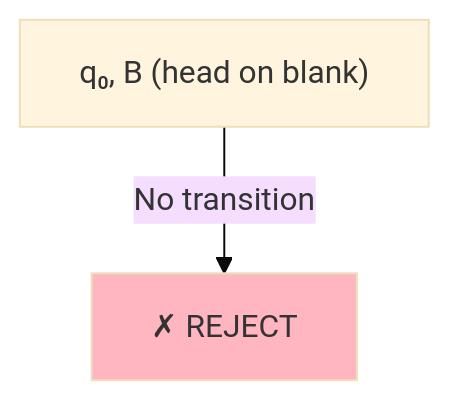
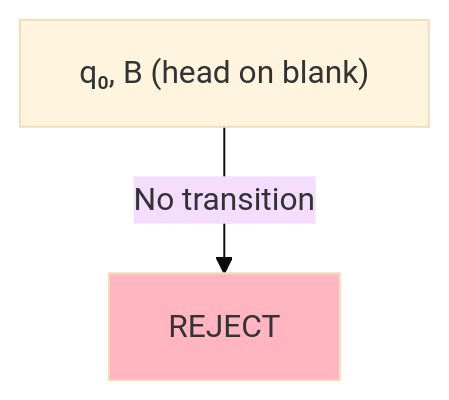
Before and after one commit to Vtheonly/Obsidian_Notes: the third of 10 diagrams in Master 1/S2/Complexity and Advanced Algorithms old/old/Course/Chapter 1. Calculability/12 Non-Deterministic Turing Machines.md, drawn with Mermaid (base theme). The commit also changed other lines of this file and 148 other files, not shown here.

````diff
--- a/Master 1/S2/Complexity and Advanced Algorithms old/old/Course/Chapter 1. Calculability/12 Non-Deterministic Turing Machines.md
+++ b/Master 1/S2/Complexity and Advanced Algorithms old/old/Course/Chapter 1. Calculability/12 Non-Deterministic Turing Machines.md
@@ -229,7 +229,7 @@
 ```mermaid
 graph TD
     E0["q₀, B (head on blank)"]
-    E0 -->|"No transition"| REJECT1["✗ REJECT"]
+    E0 -->|"No transition"| REJECT1[" REJECT"]
 
     style REJECT1 fill:#FFB6C1
 ```
````
